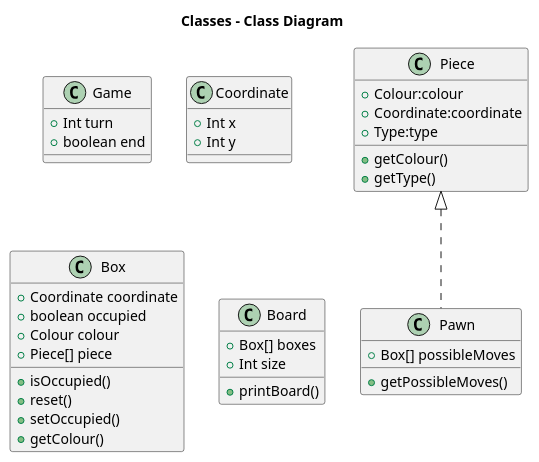
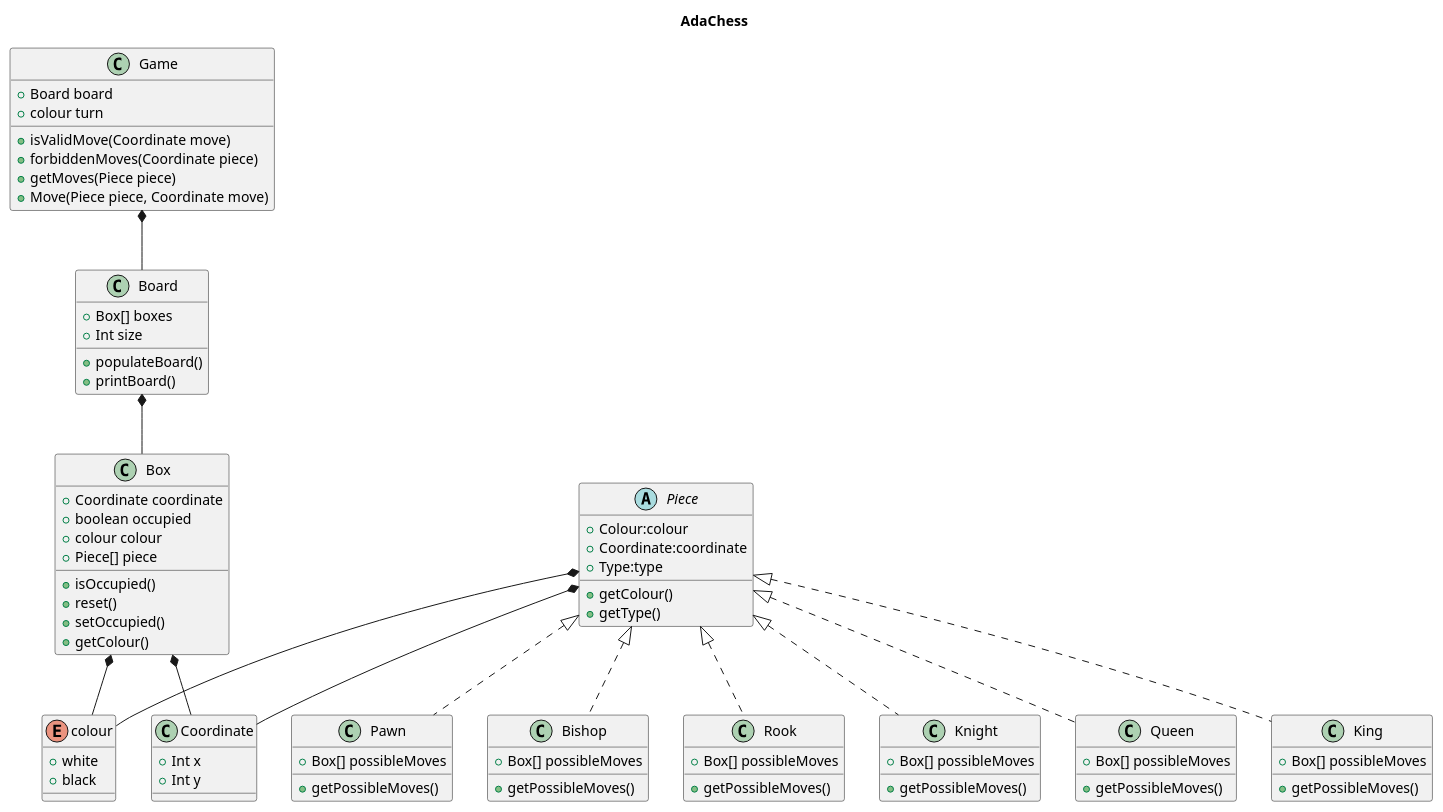
The diagram in src/classes/classes.puml (djaumandreuonda/AdaChess), drawn with PlantUML before and after one commit. The commit also changed 1 other file, not shown here.

```diff
--- a/src/classes/classes.puml
+++ b/src/classes/classes.puml
@@ -1,45 +1,87 @@
-@startuml classes
+@startuml AdaChess
 
-title Classes - Class Diagram
+title AdaChess
 
-class Game{
-  +Int turn
-  +boolean end
+class Game {
+  +Board board 
+  +colour turn
+  +isValidMove(Coordinate move)
+  +forbiddenMoves(Coordinate piece)
+  +getMoves(Piece piece)
+  +Move(Piece piece, Coordinate move)
+}
+
+enum colour {
+  + white
+  + black
 }
 
 class Coordinate {
   +Int x
   +Int y
 }
 
 class Box {
   +Coordinate coordinate
   +boolean occupied
-  +Colour colour
+  +colour colour
   +Piece[] piece
   +isOccupied()
   +reset()
   +setOccupied()
   +getColour()
 }
 
 class Board{
   +Box[] boxes
   +Int size
+  +populateBoard()
   +printBoard()
 }
 
-class Piece {
+abstract class Piece {
   +Colour:colour
   +Coordinate:coordinate
   +Type:type
   +getColour()
   +getType()
 }
 class Pawn implements Piece{
   +Box[] possibleMoves
   +getPossibleMoves()
 }
 
+class Bishop implements Piece{
+  +Box[] possibleMoves
+  +getPossibleMoves()
+}
+
+class Rook implements Piece{
+  +Box[] possibleMoves
+  +getPossibleMoves()
+}
+
+class Knight implements Piece{
+  +Box[] possibleMoves
+  +getPossibleMoves()
+}
+
+class Queen implements Piece{
+  +Box[] possibleMoves
+  +getPossibleMoves()
+}
+
+class King implements Piece{
+  +Box[] possibleMoves
+  +getPossibleMoves()
+}
+
+Game *-- Board
+Board *-- Box
+Box *-- Coordinate
+Piece *-- Coordinate
+Box *-- colour
+Piece *-- colour
+
 
 @enduml
```
